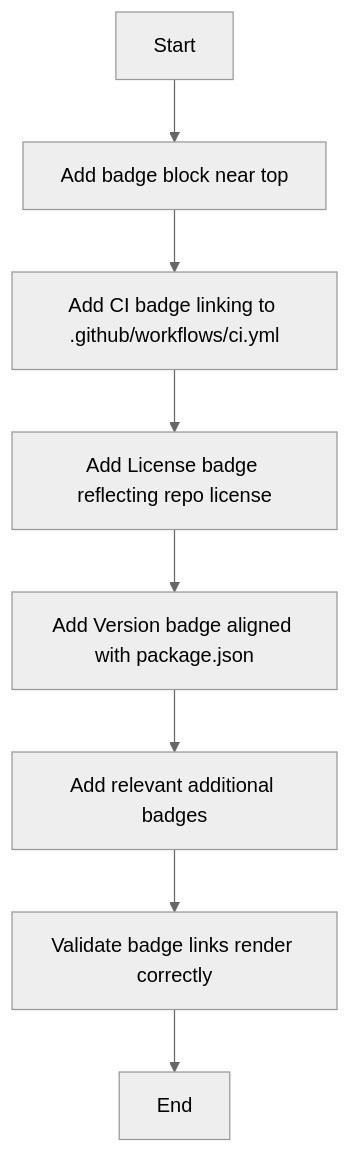
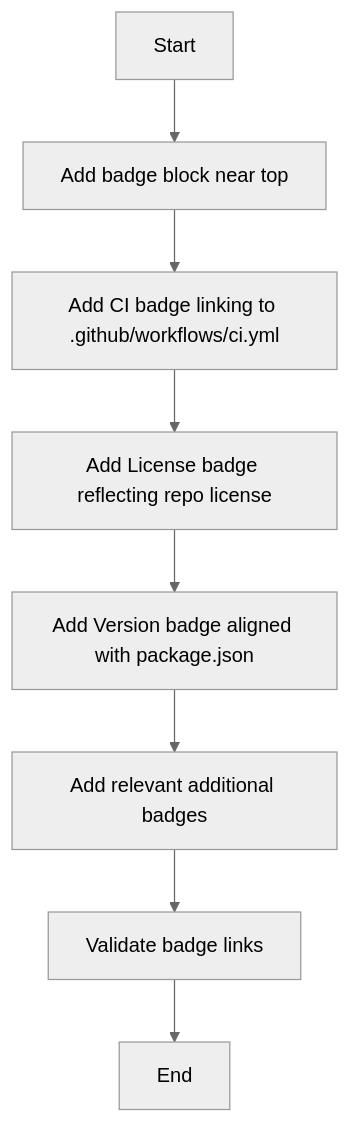
The diagram in logics/request/req_015_add_project_badges_to_readme.md (AlexAgo83/logics-manager), drawn with Mermaid (neutral theme) before and after one commit. The commit also changed 50 other files, not shown here.

````diff
--- a/logics/request/req_015_add_project_badges_to_readme.md
+++ b/logics/request/req_015_add_project_badges_to_readme.md
@@ -10,12 +10,12 @@
 ```mermaid
 %% logics-kind: request
 %% logics-signature: request|add-project-badges-to-readme|add-a-badge-section-in-the|ac1-readme-includes-a-dedicated-badge
 flowchart TD
   A[Start] --> B[Add badge block near top]
   B --> C[Add CI badge linking to .github/workflows/ci.yml]
   C --> D[Add License badge reflecting repo license]
   D --> E[Add Version badge aligned with package.json]
   E --> F[Add relevant additional badges]
-  F --> G[Validate badge links render correctly]
+  F --> G[Validate badge links]
   G --> H[End]
 ```
````
